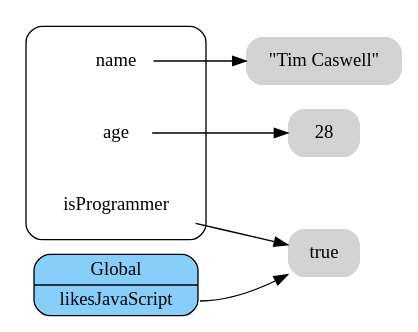
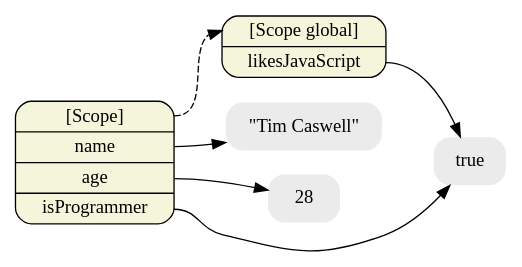
One commit to creationix/howtonode.org changed the diagram in articles/object-graphs/globals.dot. Above: the diagram before and after it, drawn with Graphviz. The commit also changed 5 other files, not shown here.

First line of the commit message:
Update the object-graph article to see closures better.

```diff
--- a/articles/object-graphs/globals.dot
+++ b/articles/object-graphs/globals.dot
@@ -1,29 +1,26 @@
 digraph finite_state_machine {
-	size="8,5"
-	rankdir = "LR"
-	
-	subgraph cluster_0 {
-    style =rounded;
-
-    /* Free Variables */
-    node [shape = plaintext, style=""]
-    name; age; isProgrammer;
-
-  }
-
-	/* Objects */
-  node [shape = Mrecord, fillcolor=lightskyblue, style=filled];
-  global [label = "<__proto__>Global|<likesJavaScript>likesJavaScript"];
+  size="8,5"
+  rankdir = "LR"
+  
+  /* Execution Contexts */
+  node [shape=Mrecord, fillcolor=beige, style=filled];
+  top [label="<__proto__>[Scope]|<name>name|<age>age|<isProgrammer>isProgrammer"];
+  global [label="<__proto__>[Scope global]|<likesJavaScript>likesJavaScript"];
 
   /* Literals */
-  node [shape = plaintext, fillcolor=lightGrey, style="filled,rounded"];
+  node [shape = plaintext, fillcolor=gray92, style="filled,rounded"];
   timcaswell [label="\"Tim Caswell\""]
   n28 [label="28"]
   true [label="true"]
 
-  name -> timcaswell;
-  age -> n28;
-  isProgrammer -> true;
+  /* References */
+  top:name -> timcaswell;
+  top:age -> n28;
+  top:isProgrammer -> true;
   global:likesJavaScript -> true;
   
+  /* Inheritance Chains */
+  edge [style=dashed]
+  top:__proto__ -> global:__proto__;
+ 
 }
```
